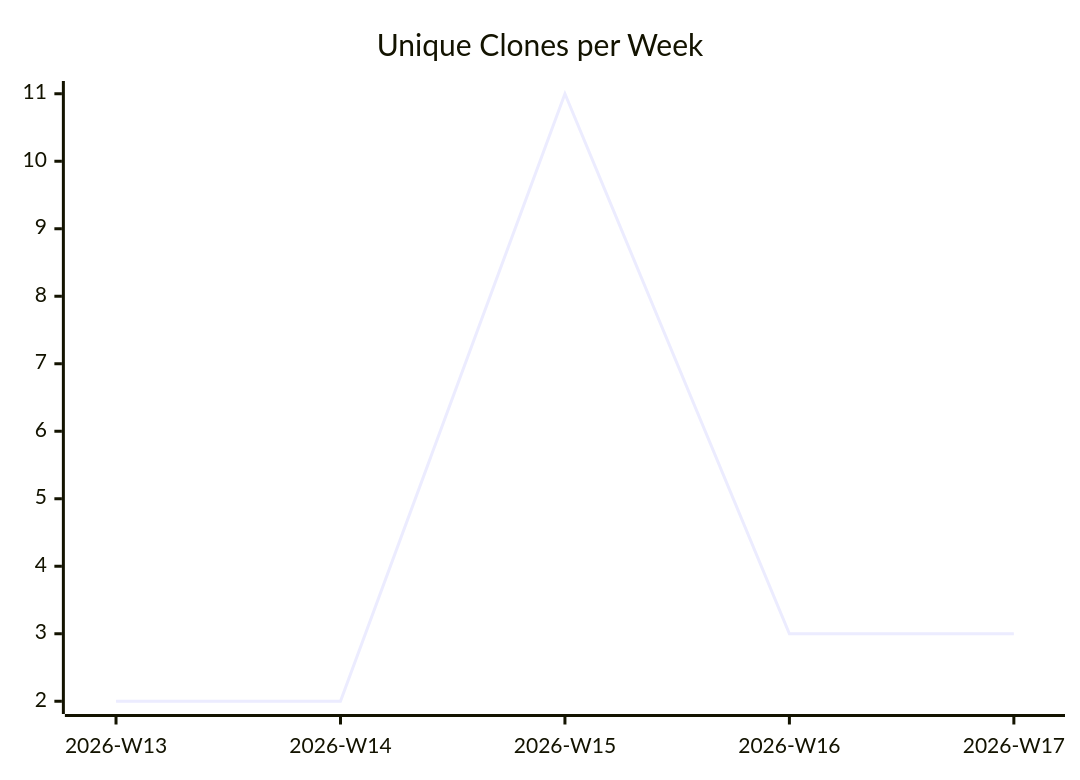
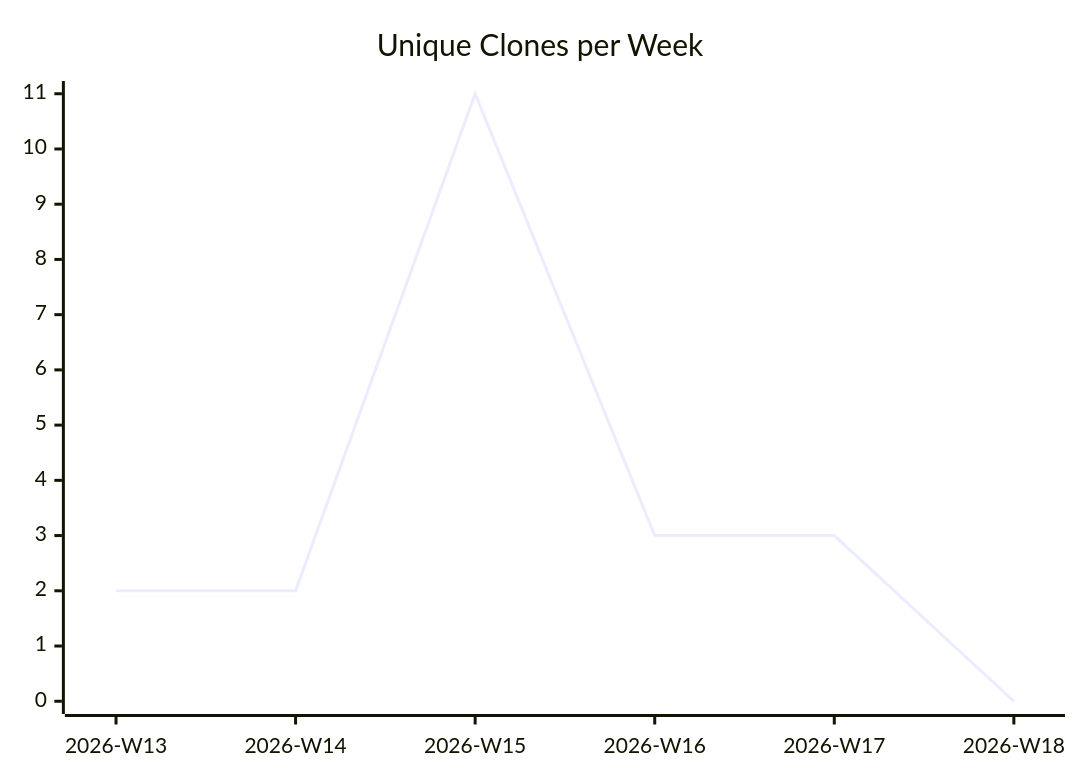
One commit to justdavis-family/github-analytics-data changed the third of 3 diagrams in karlmdavis/jessentials/README.md. Above: the diagram before and after it, drawn with Mermaid. The commit also changed other lines of this file and 184 other files, not shown here.

````diff
--- a/karlmdavis/jessentials/README.md
+++ b/karlmdavis/jessentials/README.md
@@ -19,6 +19,6 @@
 ```mermaid
 xychart-beta
   title "Unique Clones per Week"
-  x-axis ["2026-W13", "2026-W14", "2026-W15", "2026-W16", "2026-W17"]
-  line [2, 2, 11, 3, 3]
+  x-axis ["2026-W13", "2026-W14", "2026-W15", "2026-W16", "2026-W17", "2026-W18"]
+  line [2, 2, 11, 3, 3, 0]
 ```
````
